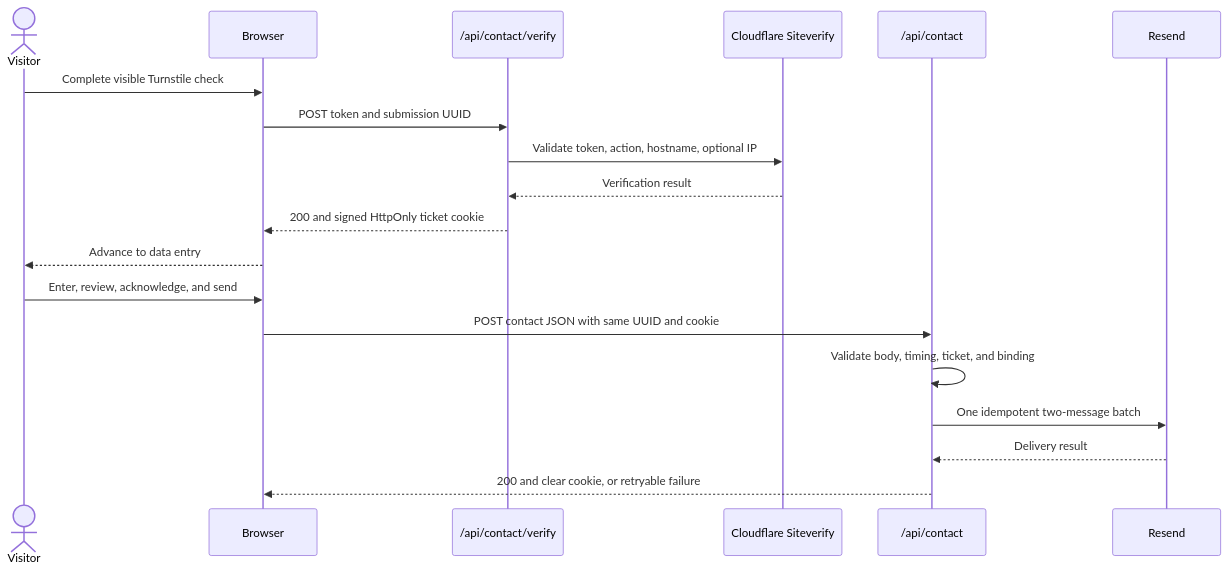
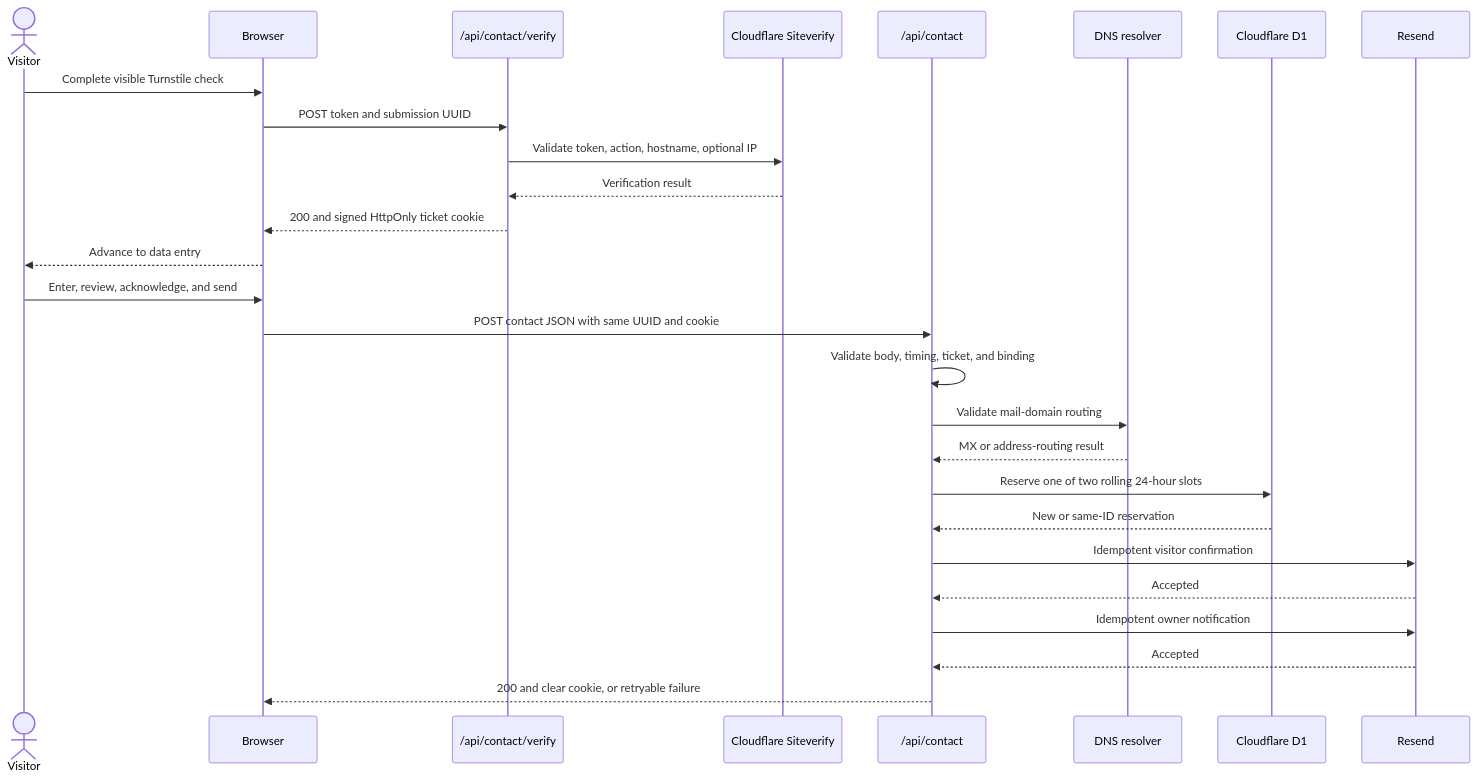
The diagram in docs/CONTACT_SYSTEM.md (nicolasgioanni/Smart-Porfolio), drawn with Mermaid before and after one commit. The commit also changed other lines of this file and 57 other files, not shown here.

````diff
--- a/docs/CONTACT_SYSTEM.md
+++ b/docs/CONTACT_SYSTEM.md
@@ -27,22 +28,30 @@
 ```mermaid
 sequenceDiagram
     actor Visitor
     participant Browser
     participant Verify as /api/contact/verify
     participant Turnstile as Cloudflare Siteverify
     participant Deliver as /api/contact
+    participant DNS as DNS resolver
+    participant D1 as Cloudflare D1
     participant Resend
 
     Visitor->>Browser: Complete visible Turnstile check
     Browser->>Verify: POST token and submission UUID
     Verify->>Turnstile: Validate token, action, hostname, optional IP
     Turnstile-->>Verify: Verification result
     Verify-->>Browser: 200 and signed HttpOnly ticket cookie
     Browser-->>Visitor: Advance to data entry
     Visitor->>Browser: Enter, review, acknowledge, and send
     Browser->>Deliver: POST contact JSON with same UUID and cookie
     Deliver->>Deliver: Validate body, timing, ticket, and binding
-    Deliver->>Resend: One idempotent two-message batch
-    Resend-->>Deliver: Delivery result
+    Deliver->>DNS: Validate mail-domain routing
+    DNS-->>Deliver: MX or address-routing result
+    Deliver->>D1: Reserve one of two rolling 24-hour slots
+    D1-->>Deliver: New or same-ID reservation
+    Deliver->>Resend: Idempotent visitor confirmation
+    Resend-->>Deliver: Accepted
+    Deliver->>Resend: Idempotent owner notification
+    Resend-->>Deliver: Accepted
     Deliver-->>Browser: 200 and clear cookie, or retryable failure
 ```
````
